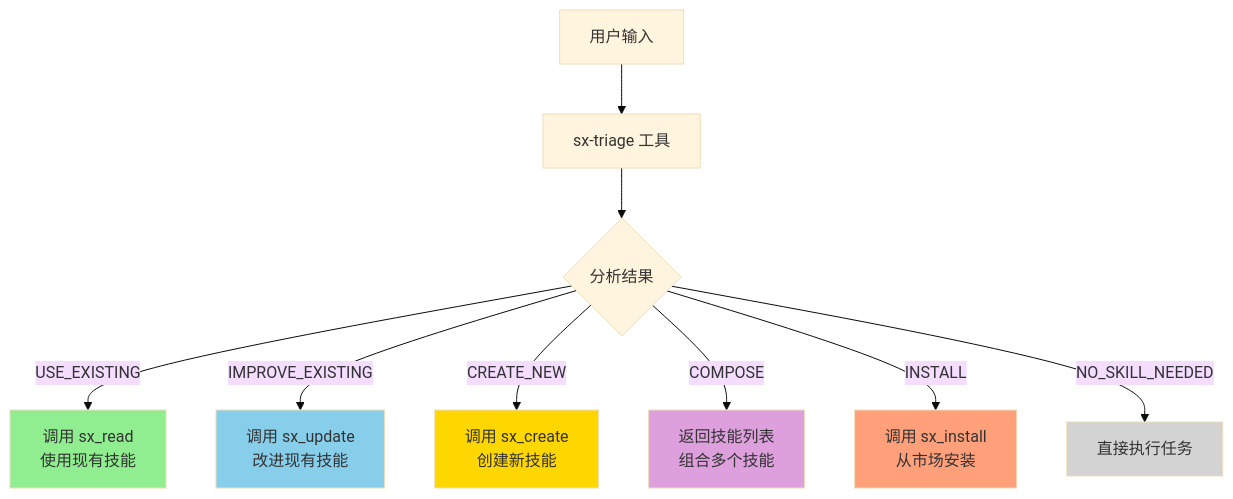
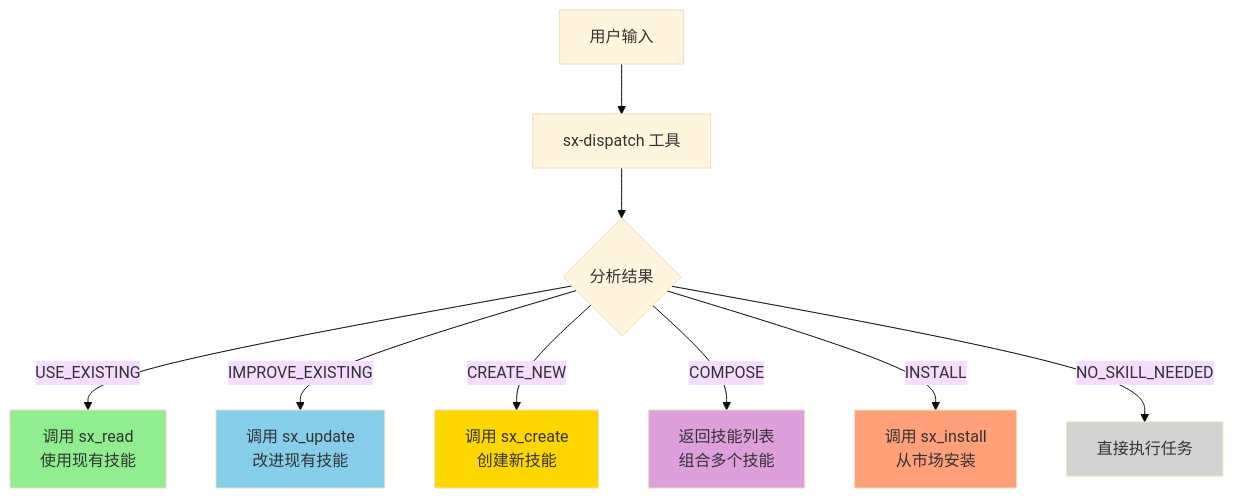
One commit to shetengteng/skillix-mcp changed the fifth of 12 diagrams in design/02-设计/20260111-01-项目设计.md. Above: the diagram before and after it, drawn with Mermaid (base theme). The commit also changed other lines of this file and 32 other files, not shown here.

````diff
--- a/design/02-设计/20260111-01-项目设计.md
+++ b/design/02-设计/20260111-01-项目设计.md
@@ -258,18 +258,18 @@
 ```mermaid
 flowchart TD
-    A[用户输入] --> B[sx-triage 工具]
+    A[用户输入] --> B[sx-dispatch 工具]
     B --> C{分析结果}
     C -->|USE_EXISTING| D[调用 sx_read<br/>使用现有技能]
     C -->|IMPROVE_EXISTING| E[调用 sx_update<br/>改进现有技能]
     C -->|CREATE_NEW| F[调用 sx_create<br/>创建新技能]
     C -->|COMPOSE| G[返回技能列表<br/>组合多个技能]
     C -->|INSTALL| H[调用 sx_install<br/>从市场安装]
     C -->|NO_SKILL_NEEDED| I[直接执行任务]
     
     style D fill:#90EE90
     style E fill:#87CEEB
     style F fill:#FFD700
     style G fill:#DDA0DD
     style H fill:#FFA07A
     style I fill:#D3D3D3
 ```
````
